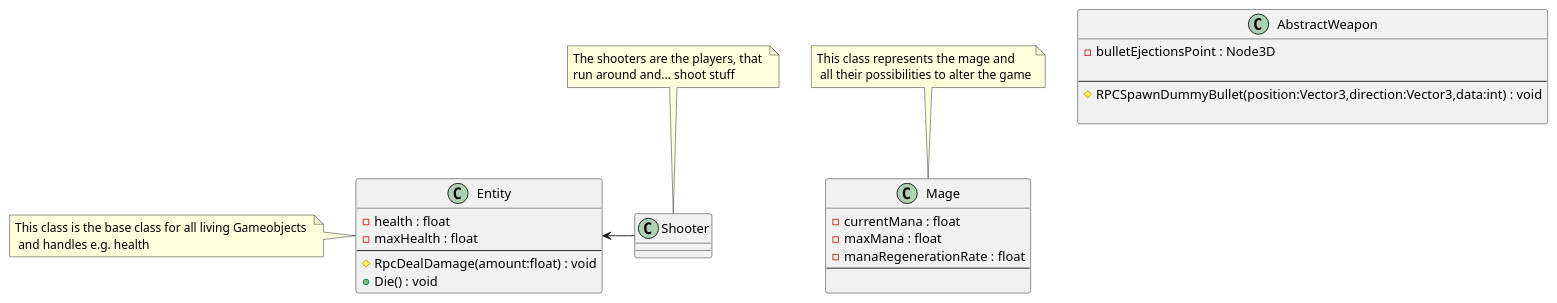
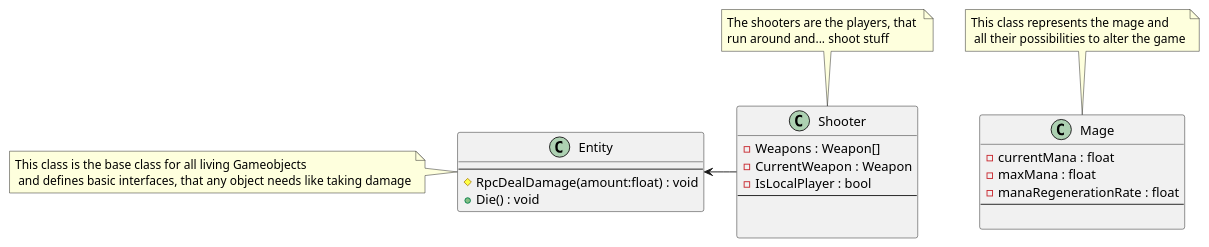
Before and after one commit to Neckar-Code-Collective/Design-Docs: the diagram in Diagrams/MainClasses.puml, drawn with PlantUML. The commit also changed 8 other files, not shown here.

```diff
--- a/Diagrams/MainClasses.puml
+++ b/Diagrams/MainClasses.puml
@@ -1,41 +1,39 @@
 @startuml MainClasses
 
 
 
 class Mage {
     - currentMana : float
     - maxMana : float
     - manaRegenerationRate : float
     --
 
 }
 
 note top of Mage : This class represents the mage and\n all their possibilities to alter the game
 
 class Entity {
-    - health : float
-    - maxHealth : float
     --
     # RpcDealDamage(amount:float) : void
     + Die() : void
 }
 
 Entity <- Shooter
 
 class Shooter {
+    - Weapons : Weapon[]
+    - CurrentWeapon : Weapon
+    - IsLocalPlayer : bool
+    --
+    
 
 }
 
-class AbstractWeapon {
-    - bulletEjectionsPoint : Node3D
 
-    --
-    # RPCSpawnDummyBullet(position:Vector3,direction:Vector3,data:int) : void
-    
-}
+
 
 note top of Shooter : The shooters are the players, that \nrun around and... shoot stuff
 
-note left of Entity : This class is the base class for all living Gameobjects \n and handles e.g. health
+note left of Entity : This class is the base class for all living Gameobjects \n and defines basic interfaces, that any object needs like taking damage
 
 @enduml
```
